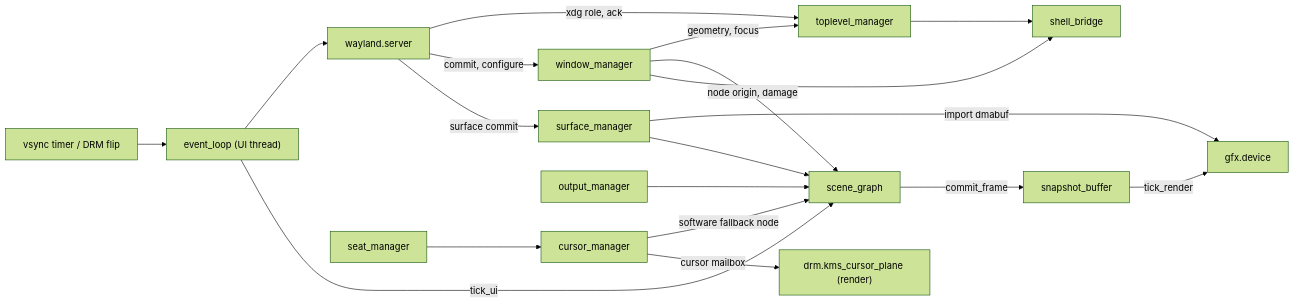
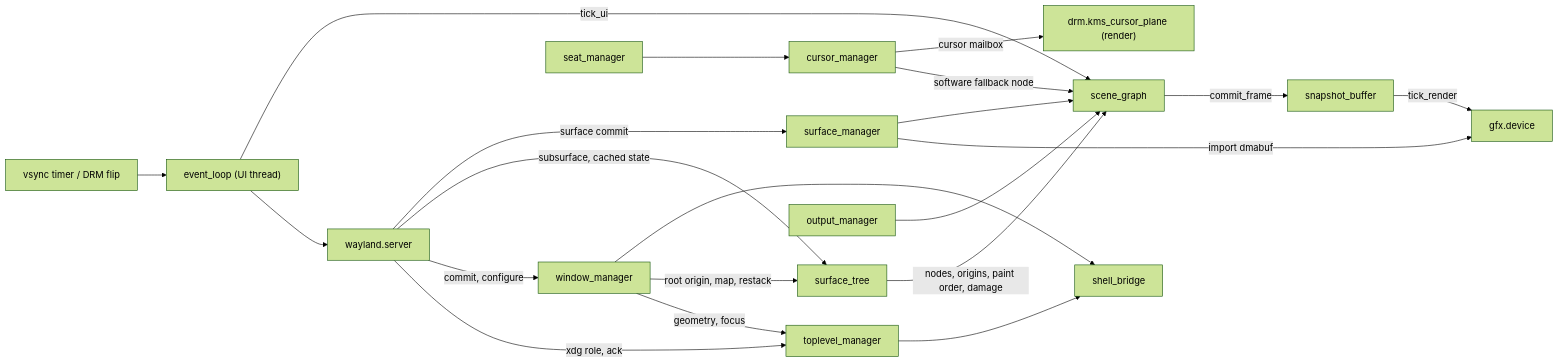
Before and after one commit to dimmus/lumen: the third of 9 diagrams in docs/architecture.md, drawn with Mermaid (forest theme). The commit also changed other lines of this file and 57 other files, not shown here.

````diff
--- a/docs/architecture.md
+++ b/docs/architecture.md
@@ -246,36 +256,39 @@
 ```mermaid
 flowchart LR
     VSYNC["vsync timer / DRM flip"]
     LOOP["event_loop (UI thread)"]
     WL["wayland.server"]
     TOP["toplevel_manager"]
     WM["window_manager"]
+    TREE["surface_tree"]
     SURF["surface_manager"]
     SC["scene_graph"]
     SB["snapshot_buffer"]
     GFX["gfx.device"]
     BR["shell_bridge"]
     CUR["cursor_manager"]
     KCUR["drm.kms_cursor_plane (render)"]
     OUT["output_manager"]
     SEAT["seat_manager"]
 
     VSYNC --> LOOP
     LOOP --> WL
     WL -->|"xdg role, ack"| TOP
     WL -->|"commit, configure"| WM
     WM -->|"geometry, focus"| TOP
-    WM -->|"node origin, damage"| SC
+    WM -->|"root origin, map, restack"| TREE
     WM --> BR
+    WL -->|"subsurface, cached state"| TREE
+    TREE -->|"nodes, origins, paint order, damage"| SC
     WL -->|"surface commit"| SURF
     SURF -->|"import dmabuf"| GFX
     SURF --> SC
     TOP --> BR
     SEAT --> CUR
     OUT --> SC
     LOOP -->|"tick_ui"| SC
     SC -->|"commit_frame"| SB
     SB -->|"tick_render"| GFX
     CUR -->|"software fallback node"| SC
     CUR -->|"cursor mailbox"| KCUR
 ```
````
